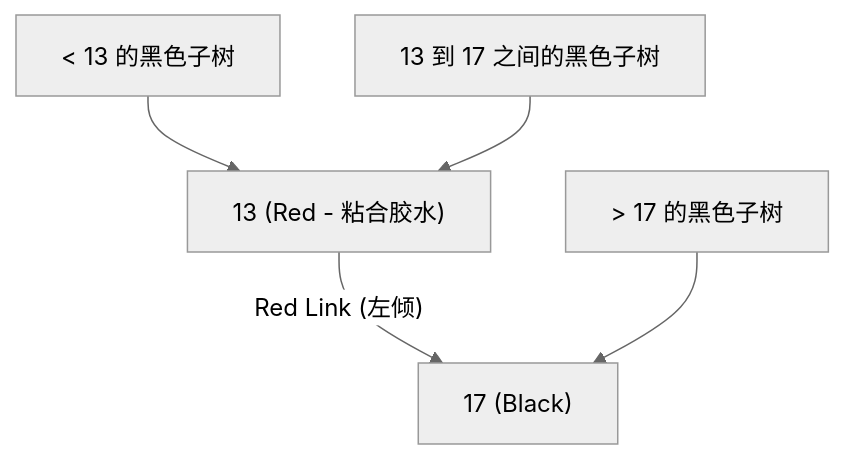
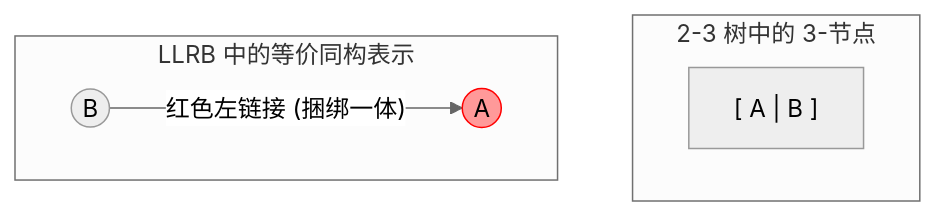
The diagram in src/content/notes/CS61B/lecture-18.md (easonlines2007/easonlin-blog), drawn with Mermaid (neutral theme) before and after one commit. The commit also changed other lines of this file and 230 other files, not shown here.

````diff
--- a/src/content/notes/CS61B/lecture-18.md
+++ b/src/content/notes/CS61B/lecture-18.md
@@ -42,8 +44,10 @@
 ```mermaid
 graph TD
-    B["17 (Black)"]
-    A["13 (Red - 粘合胶水)"] -->|"Red Link (左倾)"| B
-    L["< 13 的黑色子树"] --> A
-    M["13 到 17 之间的黑色子树"] --> A
-    R["> 17 的黑色子树"] --> B
+    subgraph ThreeNode ["2-3 树中的 3-节点"]
+        N["[ A | B ]"]
+    end
+    subgraph LLRB ["LLRB 中的等价同构表示"]
+        B((B)) -->|"红色左链接 (捆绑一体)"| A((A))
+        style A fill:#ff9999,stroke:#ff0000
+    end
 ```
````
